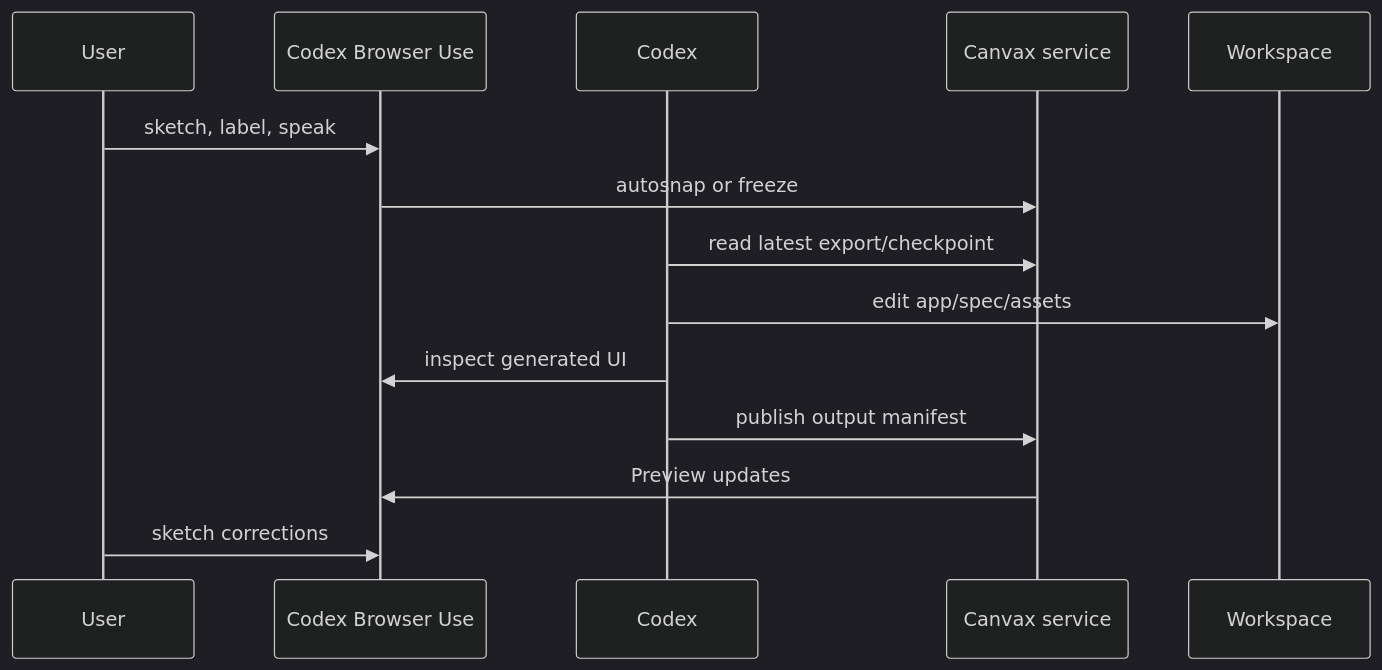
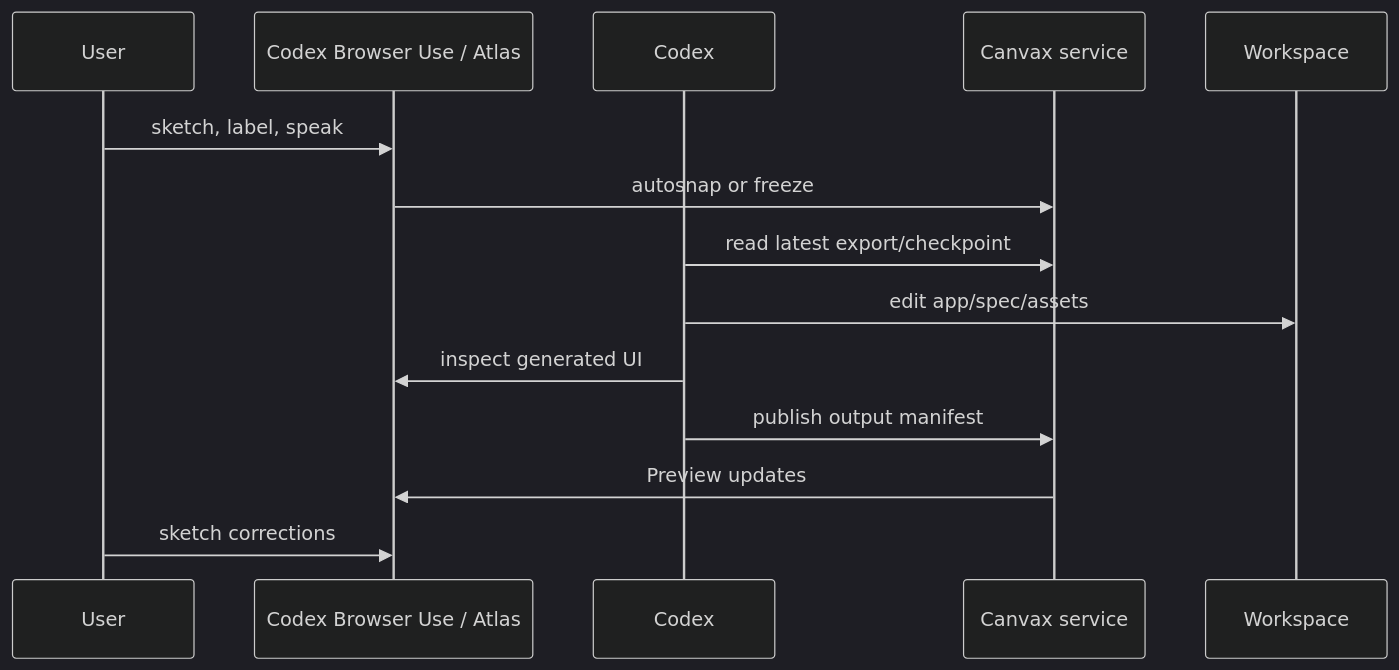
Before and after one commit to varshneydevansh/Canvax: the first of 2 diagrams in docs/CODEX_BROWSER_WORKFLOW.md, drawn with Mermaid (dark theme). The commit also changed other lines of this file and 16 other files, not shown here.

````diff
--- a/docs/CODEX_BROWSER_WORKFLOW.md
+++ b/docs/CODEX_BROWSER_WORKFLOW.md
@@ -55,16 +57,16 @@
 ```mermaid
 sequenceDiagram
     participant U as User
-    participant B as Codex Browser Use
+    participant B as Codex Browser Use / Atlas
     participant C as Codex
     participant S as Canvax service
     participant W as Workspace
     U->>B: sketch, label, speak
     B->>S: autosnap or freeze
     C->>S: read latest export/checkpoint
     C->>W: edit app/spec/assets
     C->>B: inspect generated UI
     C->>S: publish output manifest
     S->>B: Preview updates
     U->>B: sketch corrections
 ```
````
